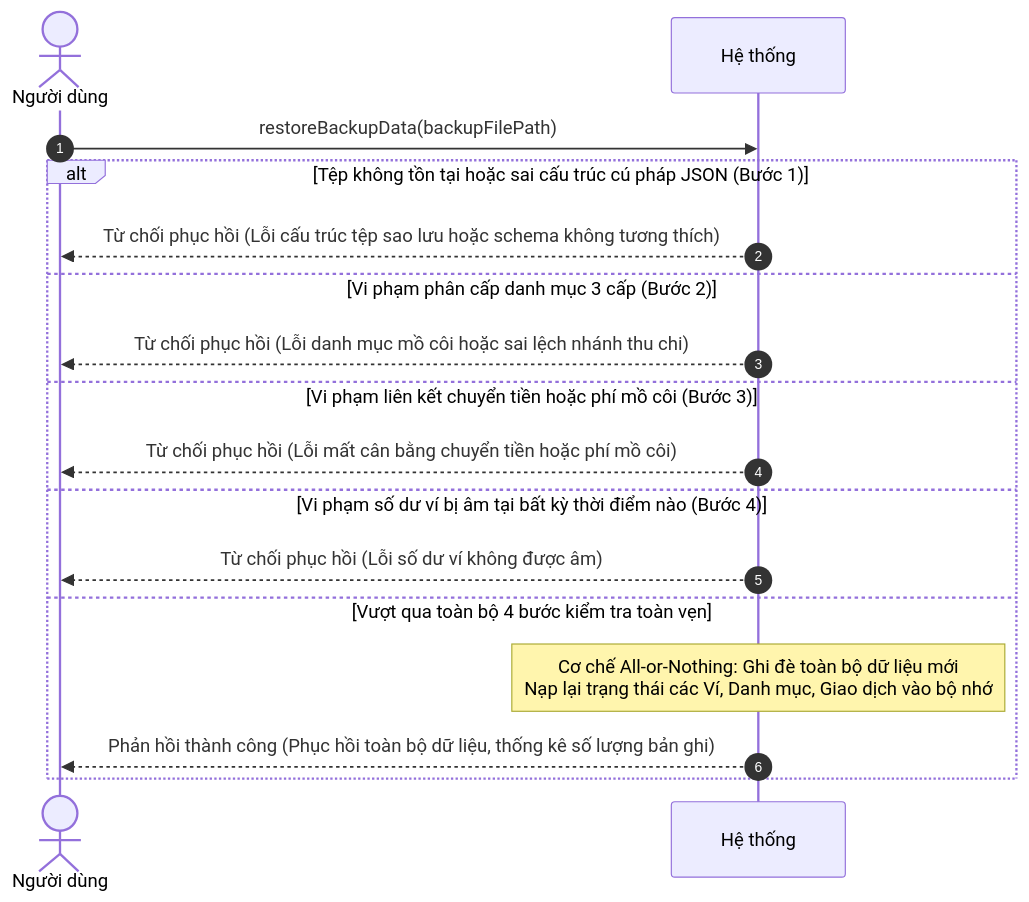
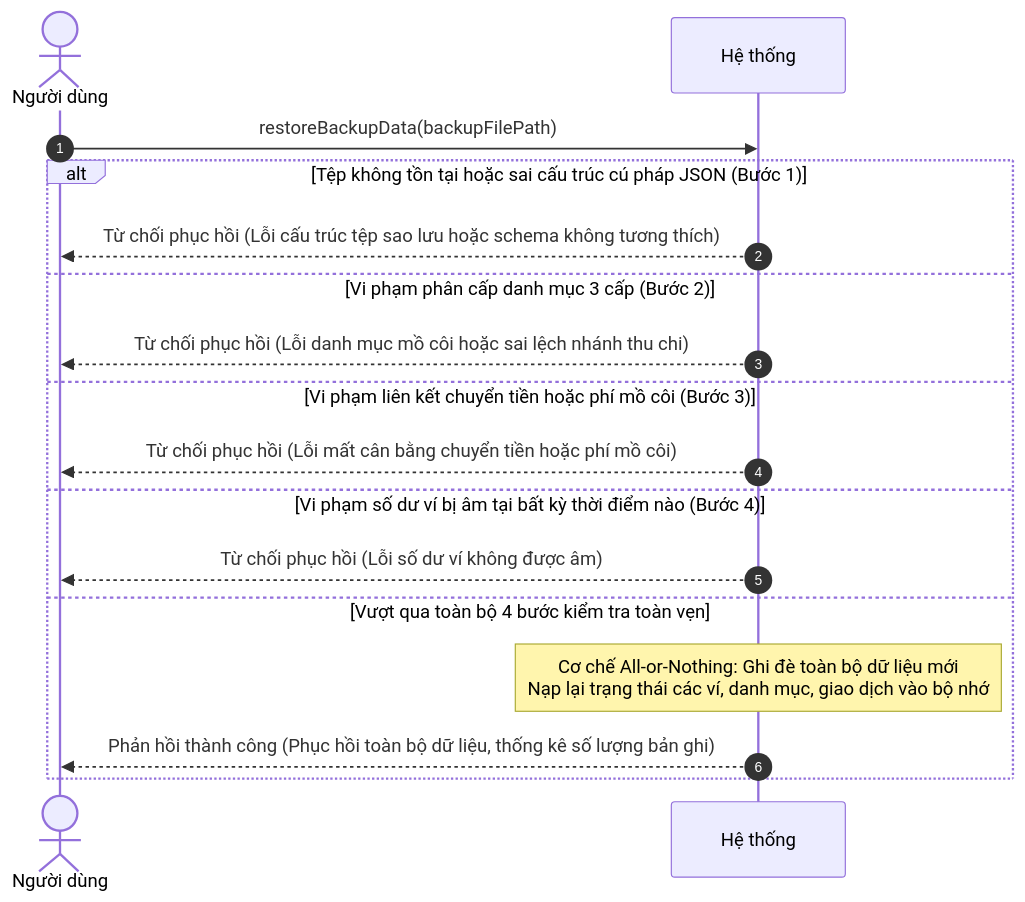
Before and after one commit to mynhleeh/pfms-oop: diagram 19 of 20 in docs/object-oriented-analysis/03-so-do-tuan-tu-he-thong-ssd.md, drawn with Mermaid. The commit also changed other lines of this file and 7 other files, not shown here.

````diff
--- a/docs/object-oriented-analysis/03-so-do-tuan-tu-he-thong-ssd.md
+++ b/docs/object-oriented-analysis/03-so-do-tuan-tu-he-thong-ssd.md
@@ -737,20 +733,20 @@
 ```mermaid
 sequenceDiagram
     autonumber
     actor User as Người dùng
     participant System as Hệ thống
 
     User->>System: restoreBackupData(backupFilePath)
     alt Tệp không tồn tại hoặc sai cấu trúc cú pháp JSON (Bước 1)
         System-->>User: Từ chối phục hồi (Lỗi cấu trúc tệp sao lưu hoặc schema không tương thích)
     else Vi phạm phân cấp danh mục 3 cấp (Bước 2)
         System-->>User: Từ chối phục hồi (Lỗi danh mục mồ côi hoặc sai lệch nhánh thu chi)
     else Vi phạm liên kết chuyển tiền hoặc phí mồ côi (Bước 3)
         System-->>User: Từ chối phục hồi (Lỗi mất cân bằng chuyển tiền hoặc phí mồ côi)
     else Vi phạm số dư ví bị âm tại bất kỳ thời điểm nào (Bước 4)
         System-->>User: Từ chối phục hồi (Lỗi số dư ví không được âm)
     else Vượt qua toàn bộ 4 bước kiểm tra toàn vẹn
-        Note over System: Cơ chế All-or-Nothing: Ghi đè toàn bộ dữ liệu mới<br/>Nạp lại trạng thái các Ví, Danh mục, Giao dịch vào bộ nhớ
+        Note over System: Cơ chế All-or-Nothing: Ghi đè toàn bộ dữ liệu mới<br/>Nạp lại trạng thái các ví, danh mục, giao dịch vào bộ nhớ
         System-->>User: Phản hồi thành công (Phục hồi toàn bộ dữ liệu, thống kê số lượng bản ghi)
     end
 ```
````
